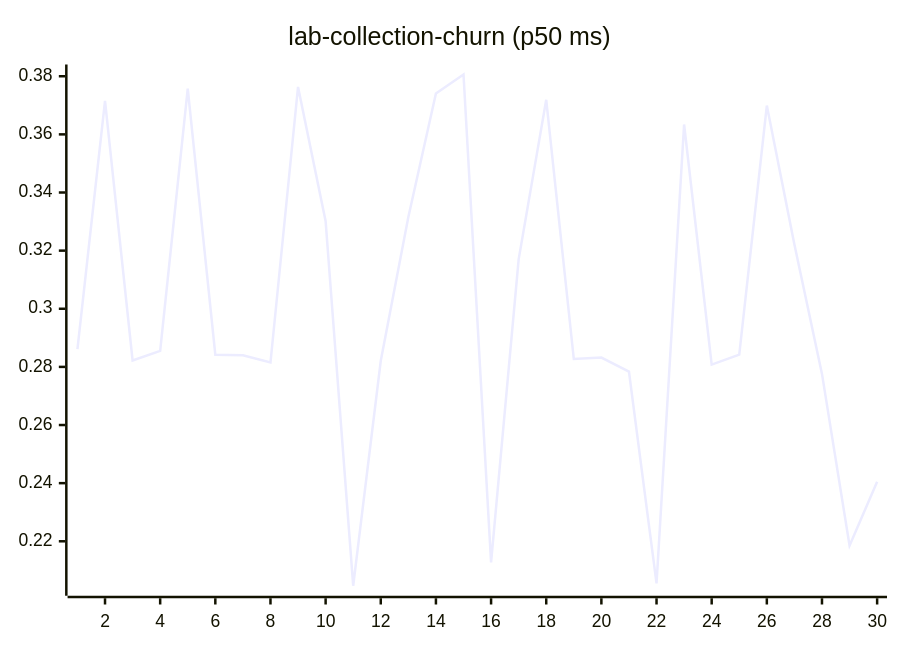
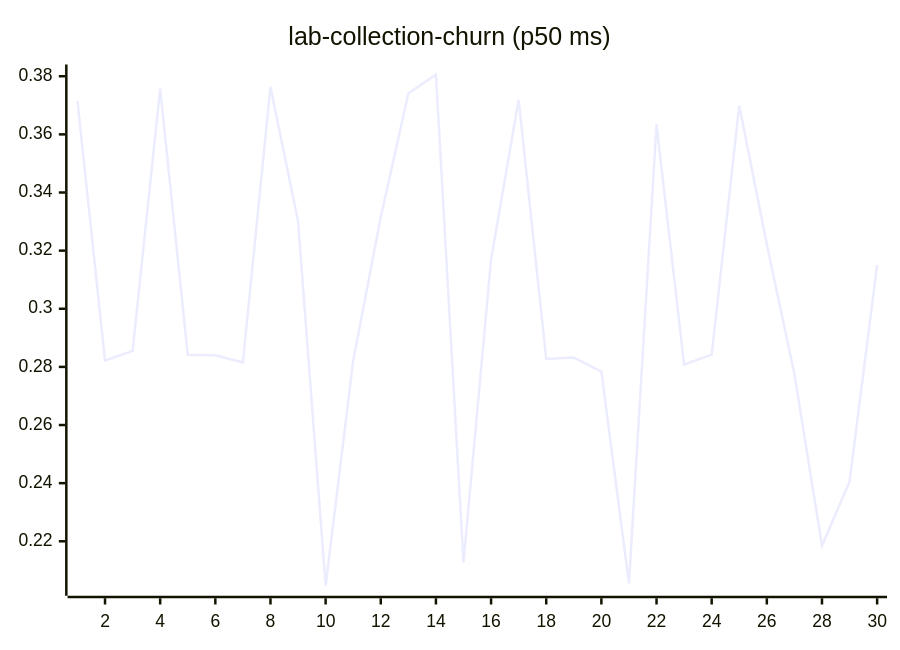
Before and after one commit to josha/Facet: diagram 11 of 27 in README.md, drawn with Mermaid. The commit also changed other lines of this file and 2 other files, not shown here.

````diff
--- a/README.md
+++ b/README.md
@@ -133,6 +133,6 @@
 ```mermaid
 xychart-beta
     title "lab-collection-churn (p50 ms)"
     x-axis 1 --> 30
-    line [0.2861, 0.3715, 0.2822, 0.2855, 0.3757, 0.2842, 0.2840, 0.2815, 0.3763, 0.3301, 0.2047, 0.2821, 0.3316, 0.3741, 0.3806, 0.2127, 0.3170, 0.3719, 0.2827, 0.2832, 0.2784, 0.2055, 0.3634, 0.2808, 0.2842, 0.3699, 0.3221, 0.2776, 0.2185, 0.2405]
+    line [0.3715, 0.2822, 0.2855, 0.3757, 0.2842, 0.2840, 0.2815, 0.3763, 0.3301, 0.2047, 0.2821, 0.3316, 0.3741, 0.3806, 0.2127, 0.3170, 0.3719, 0.2827, 0.2832, 0.2784, 0.2055, 0.3634, 0.2808, 0.2842, 0.3699, 0.3221, 0.2776, 0.2185, 0.2405, 0.3151]
 ```
````
